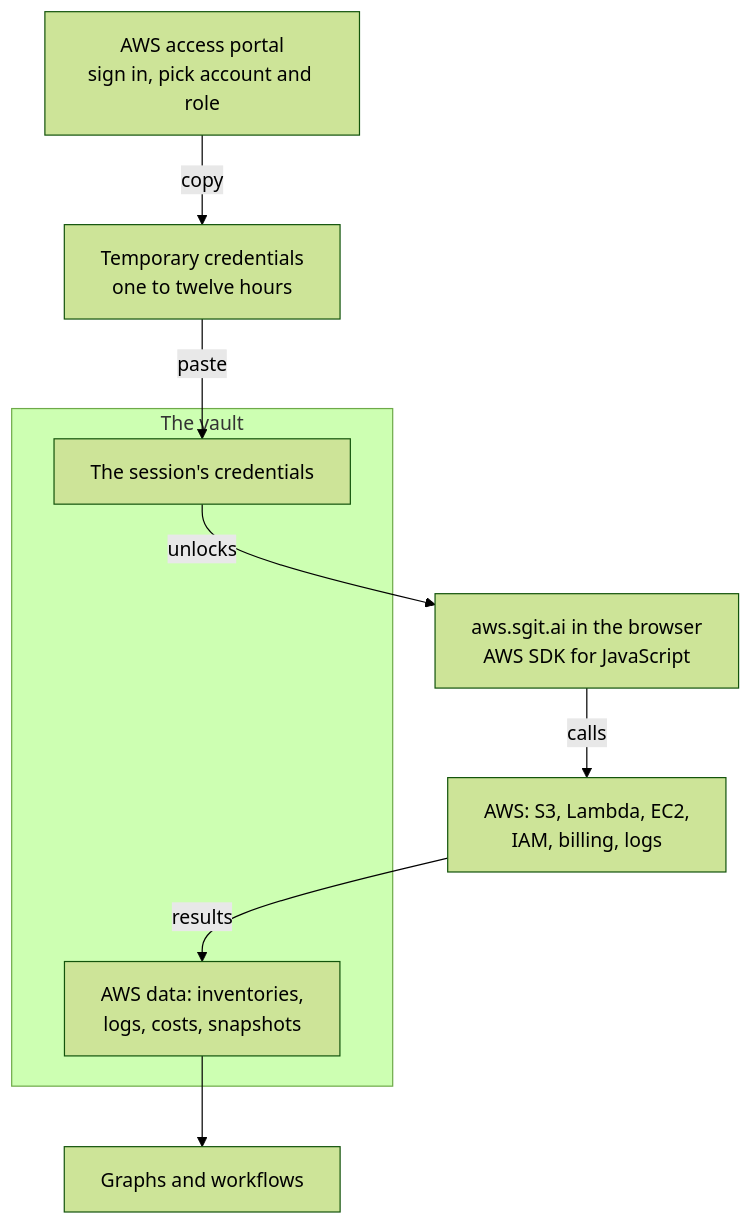
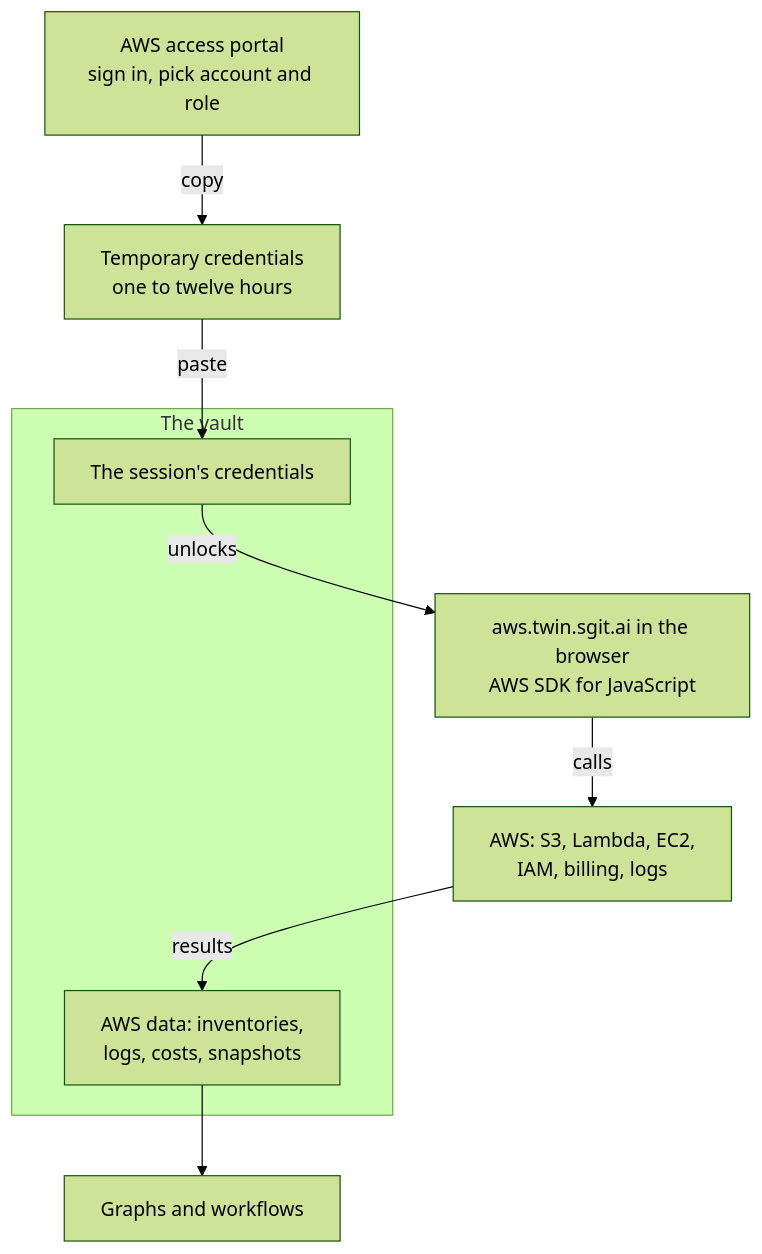
The first of 2 diagrams in admin/content/articles/aws-from-the-vault.md (SGit-AI/SGit-AI__Website__Newsroom), drawn with Mermaid (forest theme) before and after one commit. The commit also changed other lines of this file and 1369 other files, not shown here.

````diff
--- a/admin/content/articles/aws-from-the-vault.md
+++ b/admin/content/articles/aws-from-the-vault.md
@@ -106,18 +112,18 @@
 ```mermaid
 flowchart TB
   P["AWS access portal<br/>sign in, pick account and role"]
   K["Temporary credentials<br/>one to twelve hours"]
   subgraph V["The vault"]
     C["The session's credentials"]
     D["AWS data: inventories,<br/>logs, costs, snapshots"]
   end
-  B["aws.sgit.ai in the browser<br/>AWS SDK for JavaScript"]
+  B["aws.twin.sgit.ai in the browser<br/>AWS SDK for JavaScript"]
   A["AWS: S3, Lambda, EC2,<br/>IAM, billing, logs"]
   G["Graphs and workflows"]
   P -->|copy| K
   K -->|paste| C
   C -->|unlocks| B
   B -->|calls| A
   A -->|results| D
   D --> G
 ```
````
